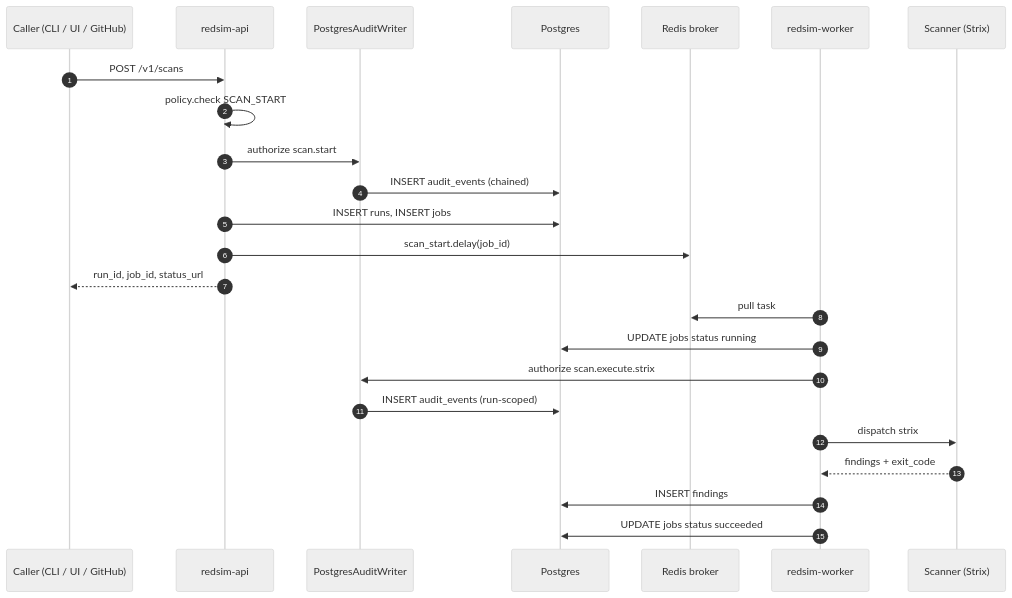
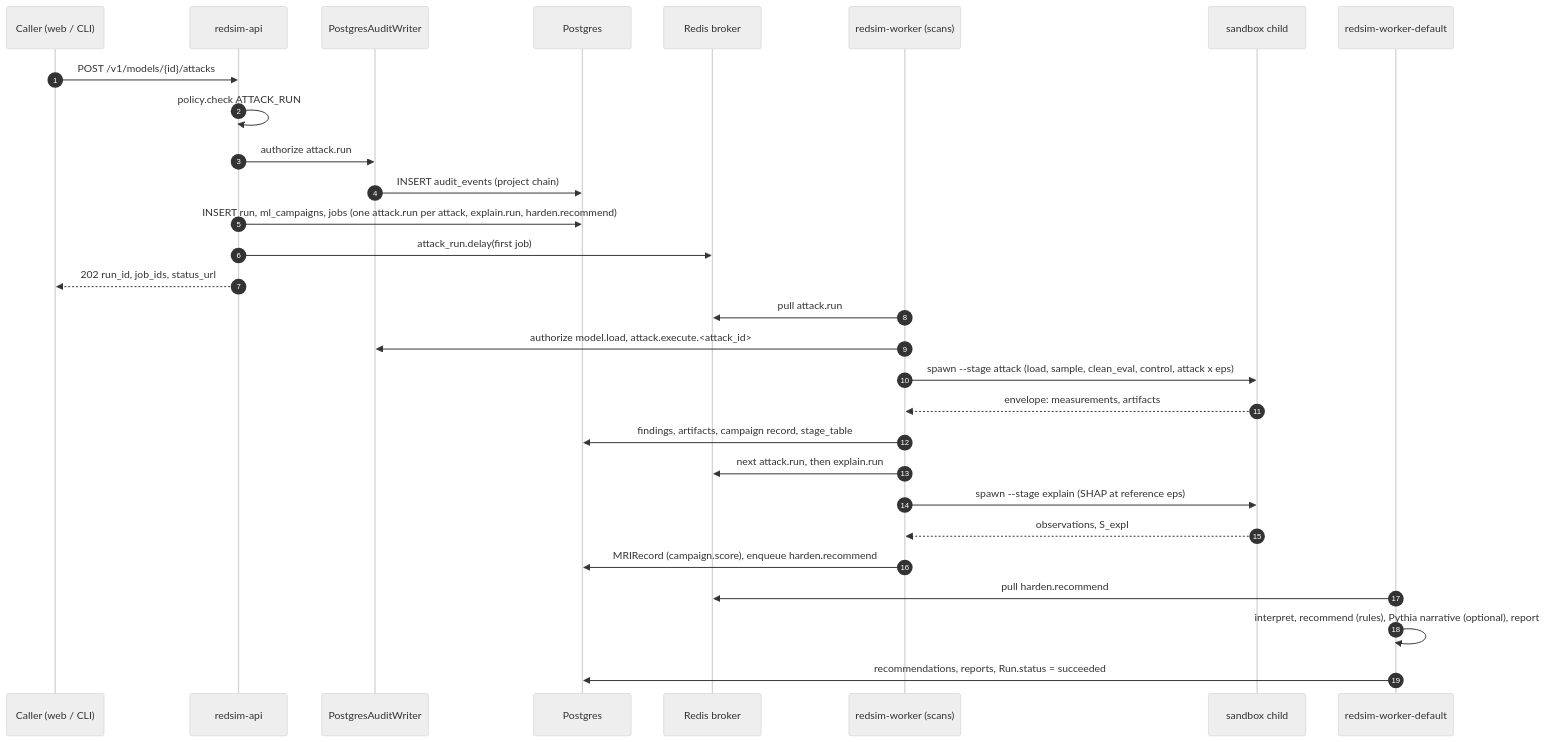
Before and after one commit to IntelliBridge/ndia-red-team-simulator: the third of 5 diagrams in docs/architecture/overview.md, drawn with Mermaid (neutral theme). The commit also changed other lines of this file and 32 other files, not shown here.

First line of the commit message:
docs: refresh to redsim/P0 truth + Archify architecture diagrams (#20)

````diff
--- a/docs/architecture/overview.md
+++ b/docs/architecture/overview.md
@@ -151,28 +191,33 @@
 ```mermaid
 sequenceDiagram
     autonumber
-    participant U as Caller (CLI / UI / GitHub)
+    participant U as Caller (web / CLI)
     participant API as redsim-api
     participant Wr as PostgresAuditWriter
     participant DB as Postgres
     participant Q as Redis broker
-    participant W as redsim-worker
-    participant S as Scanner (Strix)
+    participant W as redsim-worker (scans)
+    participant C as sandbox child
+    participant D as redsim-worker-default
 
-    U->>API: POST /v1/scans
-    API->>API: policy.check SCAN_START
-    API->>Wr: authorize scan.start
-    Wr->>DB: INSERT audit_events (chained)
-    API->>DB: INSERT runs, INSERT jobs
-    API->>Q: scan_start.delay(job_id)
-    API-->>U: run_id, job_id, status_url
+    U->>API: POST /v1/models/{id}/attacks
+    API->>API: policy.check ATTACK_RUN
+    API->>Wr: authorize attack.run
+    Wr->>DB: INSERT audit_events (project chain)
+    API->>DB: INSERT run, ml_campaigns, jobs (one attack.run per attack, explain.run, harden.recommend)
+    API->>Q: attack_run.delay(first job)
+    API-->>U: 202 run_id, job_ids, status_url
 
-    W->>Q: pull task
-    W->>DB: UPDATE jobs status running
-    W->>Wr: authorize scan.execute.strix
-    Wr->>DB: INSERT audit_events (run-scoped)
-    W->>S: dispatch strix
-    S-->>W: findings + exit_code
-    W->>DB: INSERT findings
-    W->>DB: UPDATE jobs status succeeded
+    W->>Q: pull attack.run
+    W->>Wr: authorize model.load, attack.execute.<attack_id>
+    W->>C: spawn --stage attack (load, sample, clean_eval, control, attack x eps)
+    C-->>W: envelope: measurements, artifacts
+    W->>DB: findings, artifacts, campaign record, stage_table
+    W->>Q: next attack.run, then explain.run
+    W->>C: spawn --stage explain (SHAP at reference eps)
+    C-->>W: observations, S_expl
+    W->>DB: MRIRecord (campaign.score), enqueue harden.recommend
+    D->>Q: pull harden.recommend
+    D->>D: interpret, recommend (rules), Pythia narrative (optional), report
+    D->>DB: recommendations, reports, Run.status = succeeded
 ```
````
